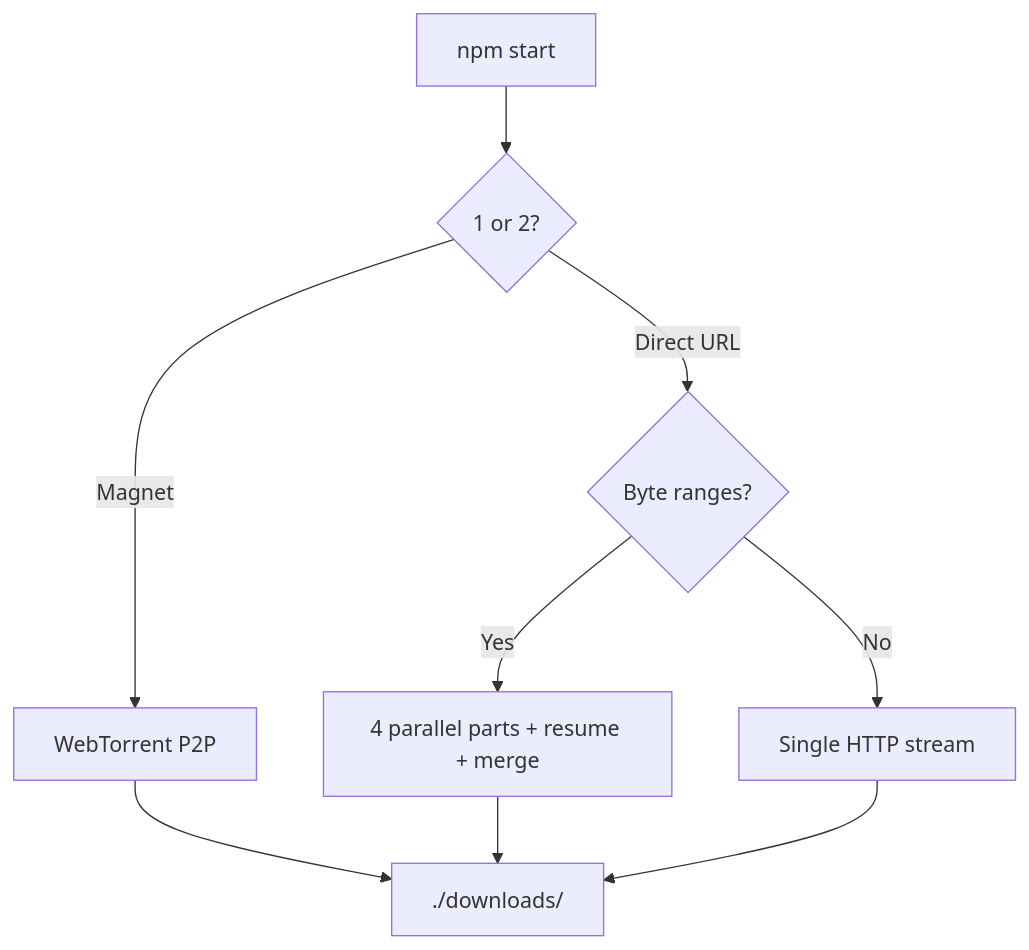
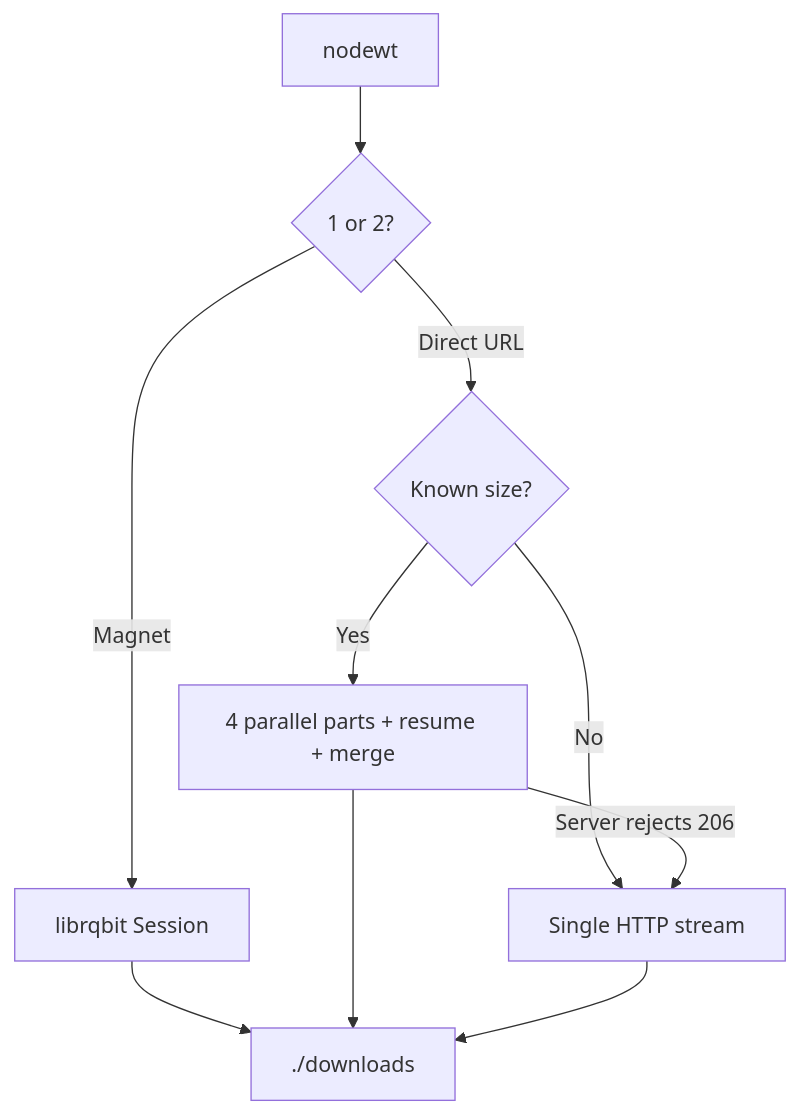
Before and after one commit to danted4/torrenter: the diagram in README.md, drawn with Mermaid. The commit also changed other lines of this file and 20 other files, not shown here.

````diff
--- a/README.md
+++ b/README.md
@@ -159,11 +91,12 @@
 ```mermaid
 flowchart TD
-  A[npm start] --> B{1 or 2?}
-  B -->|Magnet| C[WebTorrent P2P]
-  C --> F[./downloads/]
-  B -->|Direct URL| D{Byte ranges?}
+  A[nodewt] --> B{1 or 2?}
+  B -->|Magnet| C[librqbit Session]
+  C --> F[./downloads]
+  B -->|Direct URL| D{Known size?}
   D -->|Yes| E[4 parallel parts + resume + merge]
   D -->|No| G[Single HTTP stream]
+  E -->|Server rejects 206| G
   E --> F
   G --> F
 ```
````
